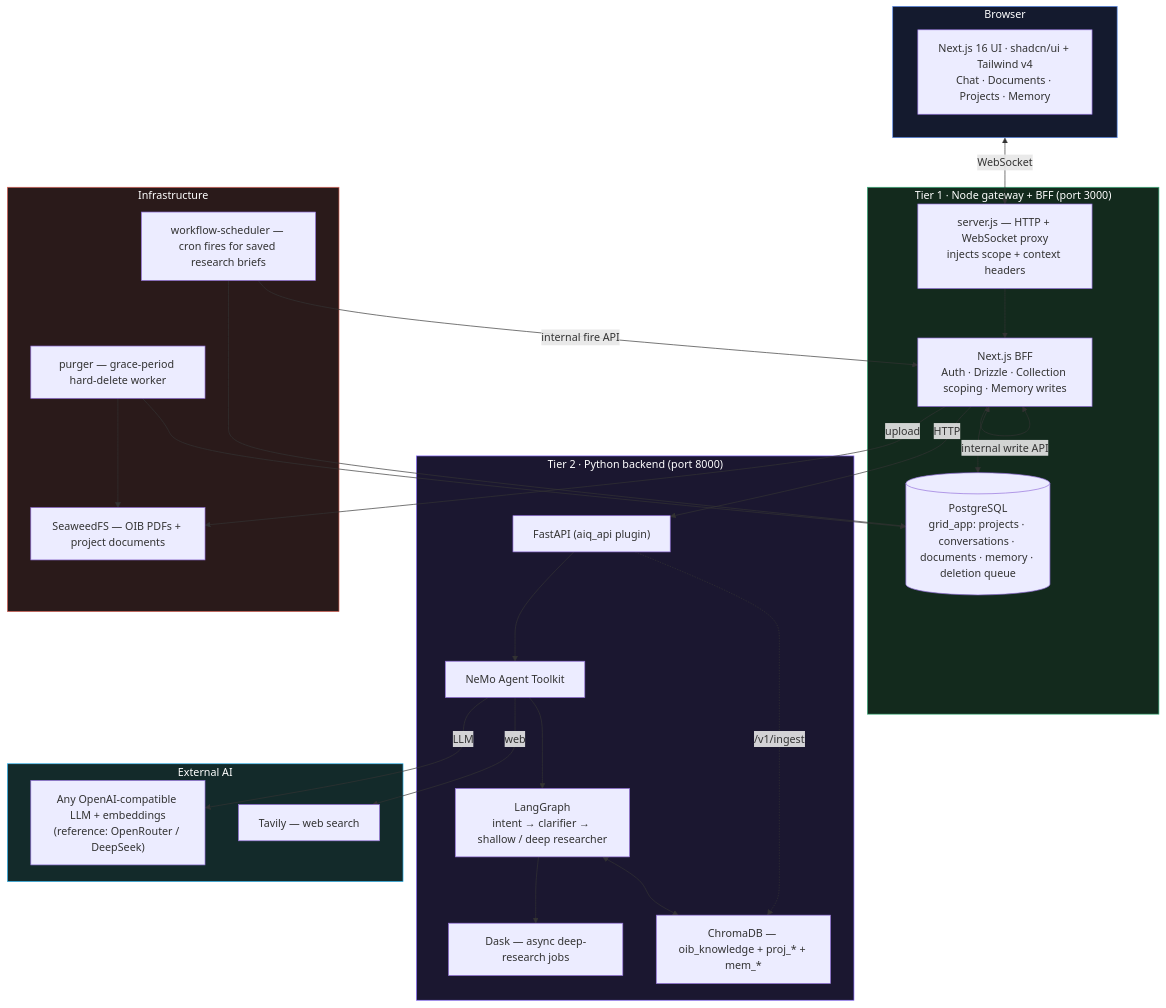
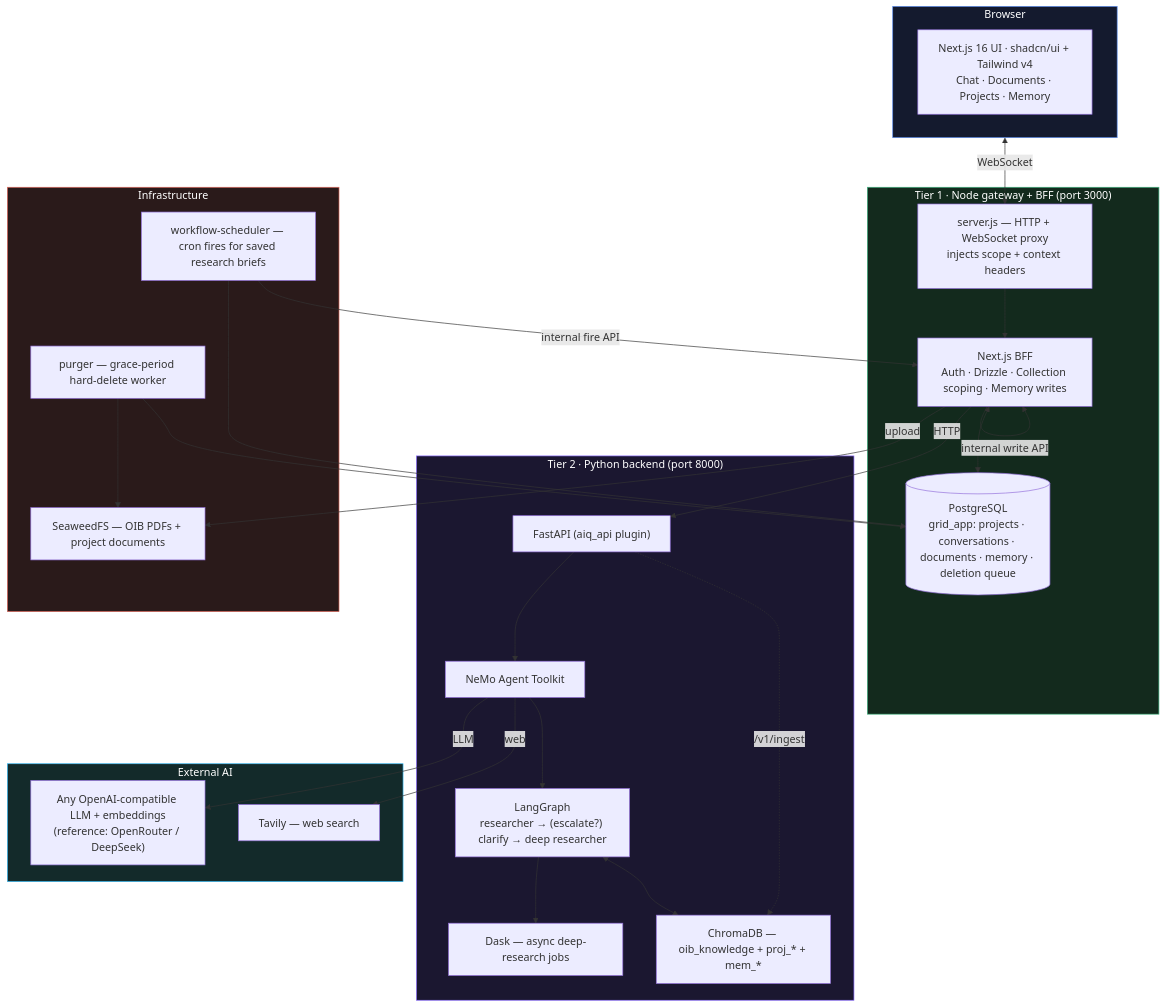
One commit to GRID-check/grid-oib-agent changed the diagram in README.md. Above: the diagram before and after it, drawn with Mermaid. The commit also changed 41 other files, not shown here.

````diff
--- a/README.md
+++ b/README.md
@@ -46,53 +46,53 @@
 ```mermaid
 flowchart TB
     subgraph Browser["Browser"]
         UI["Next.js 16 UI · shadcn/ui + Tailwind v4<br/>Chat · Documents · Projects · Memory"]
     end
 
     subgraph Gateway["Tier 1 · Node gateway + BFF (port 3000)"]
         GW["server.js — HTTP + WebSocket proxy<br/>injects scope + context headers"]
         BFF["Next.js BFF<br/>Auth · Drizzle · Collection scoping · Memory writes"]
         DB[(PostgreSQL<br/>grid_app: projects · conversations · documents · memory · deletion queue)]
     end
 
     subgraph Backend["Tier 2 · Python backend (port 8000)"]
         FAST["FastAPI (aiq_api plugin)"]
         NAT["NeMo Agent Toolkit"]
-        LG["LangGraph<br/>intent → clarifier → shallow / deep researcher"]
+        LG["LangGraph<br/>researcher → (escalate?) clarify → deep researcher"]
         DASK["Dask — async deep-research jobs"]
         CHROMA["ChromaDB — oib_knowledge + proj_* + mem_*"]
     end
 
     subgraph Storage["Infrastructure"]
         SEAWEED["SeaweedFS — OIB PDFs + project documents"]
         PURGER["purger — grace-period hard-delete worker"]
         WFS["workflow-scheduler — cron fires for saved research briefs"]
     end
 
     subgraph External["External AI"]
         OR["Any OpenAI-compatible LLM + embeddings<br/>(reference: OpenRouter / DeepSeek)"]
         TAVILY["Tavily — web search"]
     end
 
     Browser <-->|WebSocket| GW
     GW --> BFF
     BFF <--> DB
     BFF -->|HTTP| FAST
     BFF -->|internal write API| BFF
     FAST --> NAT --> LG --> DASK
     LG <--> CHROMA
     BFF -->|upload| SEAWEED
     FAST -.->|/v1/ingest| CHROMA
     PURGER --> DB
     PURGER --> SEAWEED
     WFS --> DB
     WFS -->|internal fire API| BFF
     NAT -->|LLM| OR
     NAT -->|web| TAVILY
 
     style Browser fill:#141a2e,stroke:#5b8def,color:#fff
     style Gateway fill:#132a1d,stroke:#3fb27f,color:#fff
     style Backend fill:#1b1730,stroke:#8a6cff,color:#fff
     style Storage fill:#2a1a1a,stroke:#e0685b,color:#fff
     style External fill:#132a2a,stroke:#38bdf8,color:#fff
 ```
````
